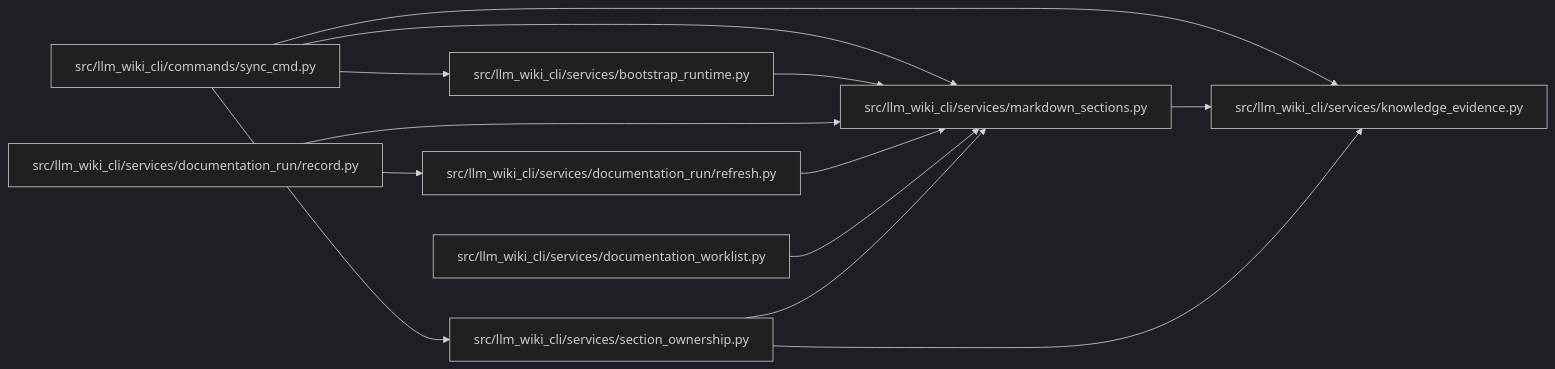
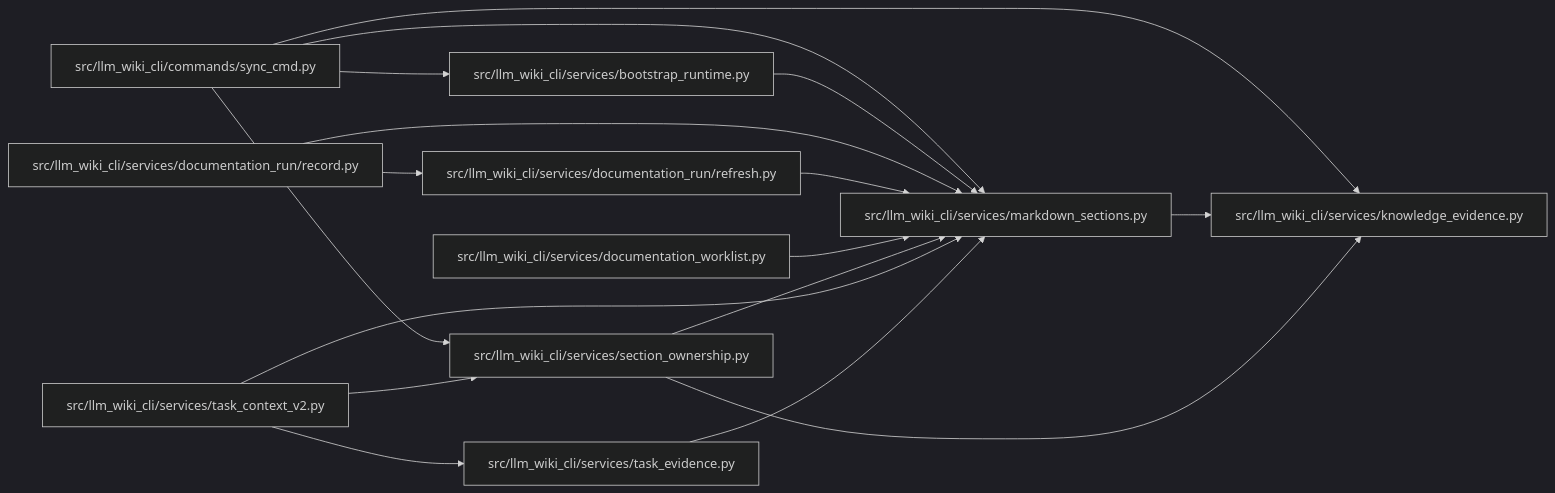
One commit to Denissvgn/python-wiki-llm changed the diagram in docs/llm_wiki/modules/markdown_sections.md. Above: the diagram before and after it, drawn with Mermaid (dark theme). The commit also changed other lines of this file and 865 other files, not shown here.

````diff
--- a/docs/llm_wiki/modules/markdown_sections.md
+++ b/docs/llm_wiki/modules/markdown_sections.md
@@ -33,31 +33,39 @@
 ```mermaid
 flowchart LR
     n0["src/llm_wiki_cli/commands/sync_cmd.py"]
     n1["src/llm_wiki_cli/services/bootstrap_runtime.py"]
     n2["src/llm_wiki_cli/services/documentation_run/record.py"]
     n3["src/llm_wiki_cli/services/documentation_run/refresh.py"]
     n4["src/llm_wiki_cli/services/documentation_worklist.py"]
     n5["src/llm_wiki_cli/services/knowledge_evidence.py"]
     n6["src/llm_wiki_cli/services/markdown_sections.py"]
     n7["src/llm_wiki_cli/services/section_ownership.py"]
+    n8["src/llm_wiki_cli/services/task_context_v2.py"]
+    n9["src/llm_wiki_cli/services/task_evidence.py"]
     n0 --> n1
     n0 --> n5
     n0 --> n6
     n0 --> n7
     n1 --> n6
     n2 --> n3
     n2 --> n6
     n3 --> n6
     n4 --> n6
     n6 --> n5
     n7 --> n5
     n7 --> n6
+    n8 --> n6
+    n8 --> n7
+    n8 --> n9
+    n9 --> n6
     click n0 "../modules/sync_cmd.md"
     click n1 "../modules/bootstrap_runtime.md"
     click n2 "../modules/record.md"
     click n3 "../modules/refresh.md"
     click n4 "../modules/documentation_worklist.md"
     click n5 "../modules/knowledge_evidence.md"
     click n6 "../modules/markdown_sections.md"
     click n7 "../modules/section_ownership.md"
+    click n8 "../modules/task_context_v2.md"
+    click n9 "../modules/task_evidence.md"
 ```
````
